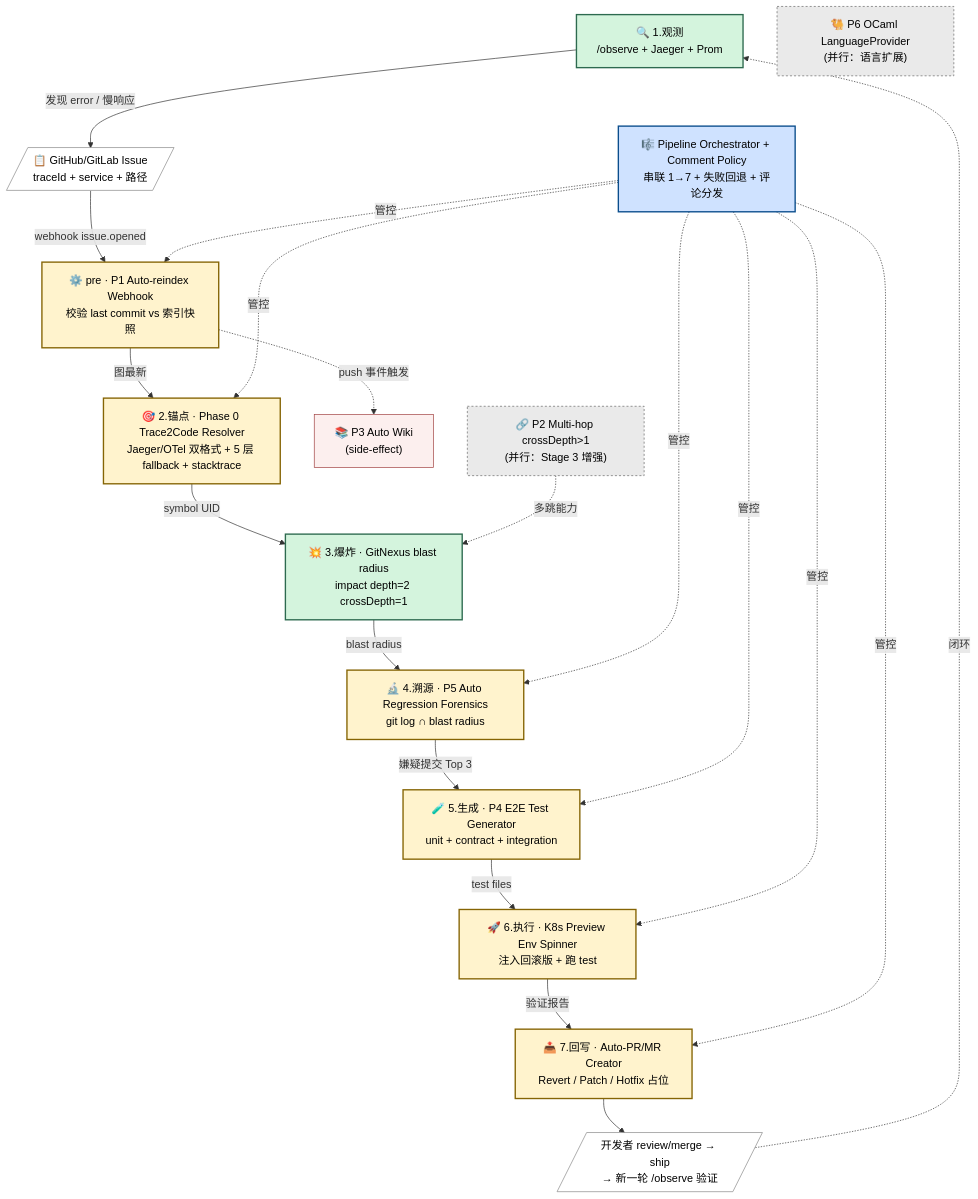
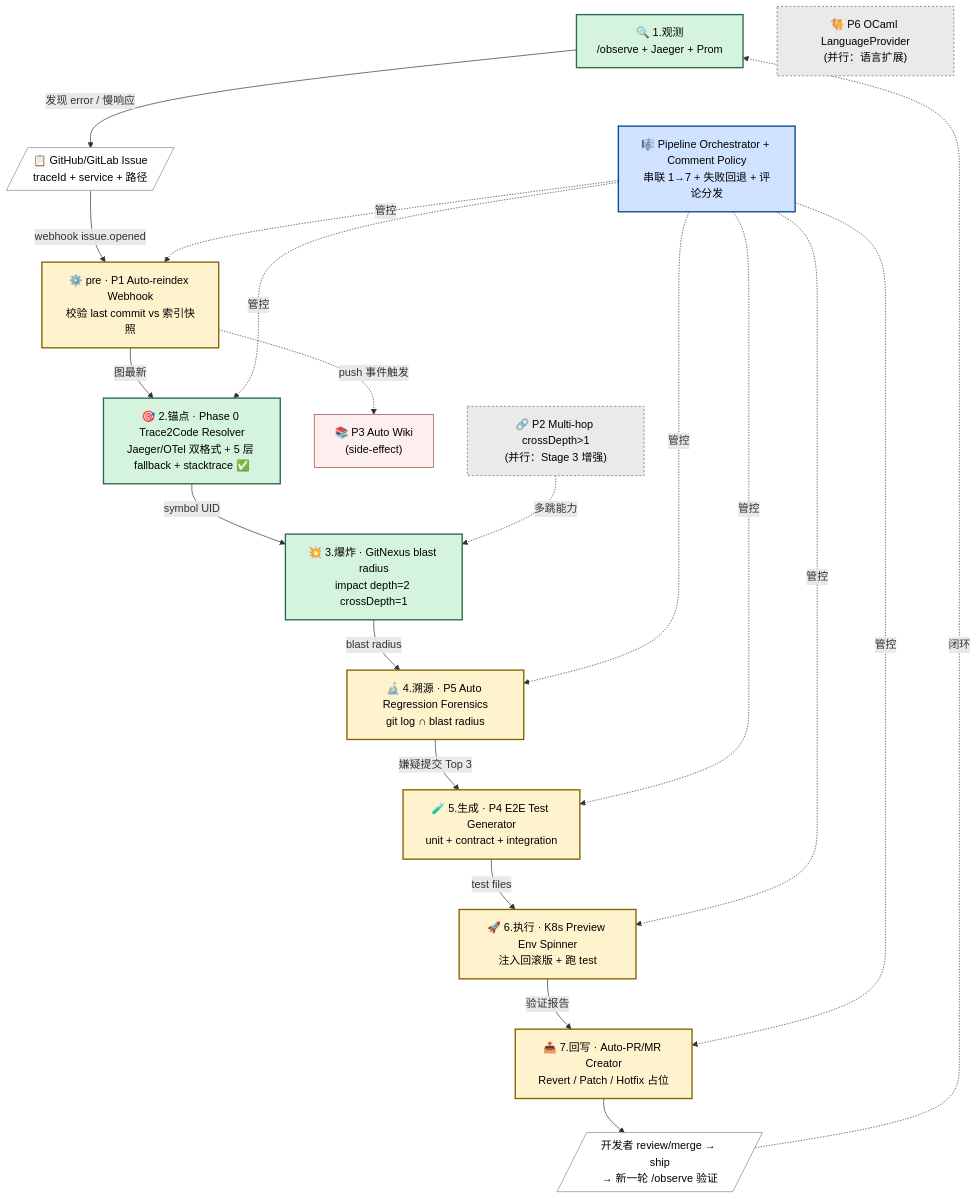
The diagram in docs/learn/diagrams/16-agentic-devops-7-stage-loop.mmd (zxs1633079383/GitNexus), drawn with Mermaid before and after one commit. The commit also changed 9 other files, not shown here.

First line of the commit message:
feat(phase-0): 落地 Trace2Code Resolver + resolve_span MCP 工具

```diff
--- a/docs/learn/diagrams/16-agentic-devops-7-stage-loop.mmd
+++ b/docs/learn/diagrams/16-agentic-devops-7-stage-loop.mmd
@@ -1,47 +1,47 @@
 %% Agentic DevOps 7 阶段闭环 —— 团队自建版 GitNexus 企业版
 %% 配套文档：docs/learn/Agentic-DevOps-企业版路线图-v2.md §0.2
 
 flowchart TB
     OBS["🔍 1.观测<br/>/observe + Jaeger + Prom"]:::existing
     ISSUE[/"📋 GitHub/GitLab Issue<br/>traceId + service + 路径"/]:::external
     PRE["⚙️ pre · P1 Auto-reindex Webhook<br/>校验 last commit vs 索引快照"]:::new
-    S2["🎯 2.锚点 · Phase 0 Trace2Code Resolver<br/>Jaeger/OTel 双格式 + 5 层 fallback + stacktrace"]:::new
+    S2["🎯 2.锚点 · Phase 0 Trace2Code Resolver<br/>Jaeger/OTel 双格式 + 5 层 fallback + stacktrace ✅"]:::existing
     S3["💥 3.爆炸 · GitNexus blast radius<br/>impact depth=2 crossDepth=1"]:::existing
     S4["🔬 4.溯源 · P5 Auto Regression Forensics<br/>git log ∩ blast radius"]:::new
     S5["🧪 5.生成 · P4 E2E Test Generator<br/>unit + contract + integration"]:::new
     S6["🚀 6.执行 · K8s Preview Env Spinner<br/>注入回滚版 + 跑 test"]:::new
     S7["📤 7.回写 · Auto-PR/MR Creator<br/>Revert / Patch / Hotfix 占位"]:::new
     LOOP[/"开发者 review/merge → ship<br/>→ 新一轮 /observe 验证"/]:::external
 
     ORCH["🎼 Pipeline Orchestrator + Comment Policy<br/>串联 1→7 + 失败回退 + 评论分发"]:::cross
     WIKI["📚 P3 Auto Wiki<br/>(side-effect)"]:::side
     P2["🔗 P2 Multi-hop crossDepth>1<br/>(并行：Stage 3 增强)"]:::parallel
     P6["🐫 P6 OCaml LanguageProvider<br/>(并行：语言扩展)"]:::parallel
 
     OBS -->|发现 error / 慢响应| ISSUE
     ISSUE -->|webhook issue.opened| PRE
     PRE -->|图最新| S2
     S2 -->|symbol UID| S3
     S3 -->|blast radius| S4
     S4 -->|嫌疑提交 Top 3| S5
     S5 -->|test files| S6
     S6 -->|验证报告| S7
     S7 --> LOOP
     LOOP -.->|闭环| OBS
 
     ORCH -.->|管控| PRE
     ORCH -.->|管控| S2
     ORCH -.->|管控| S4
     ORCH -.->|管控| S5
     ORCH -.->|管控| S6
     ORCH -.->|管控| S7
 
     PRE -.->|push 事件触发| WIKI
     P2 -.->|多跳能力| S3
 
     classDef existing fill:#d4f4dd,stroke:#2d6a4f,color:#000,stroke-width:2px
     classDef new fill:#fff3cd,stroke:#856404,color:#000,stroke-width:2px
     classDef cross fill:#cfe2ff,stroke:#0a4d8c,color:#000,stroke-width:2px
     classDef side fill:#fcefee,stroke:#a04040,color:#000,stroke-width:1px
     classDef parallel fill:#eaeaea,stroke:#666,color:#000,stroke-width:1px,stroke-dasharray: 3 3
     classDef external fill:#fff,stroke:#888,color:#000,stroke-width:1px
```
